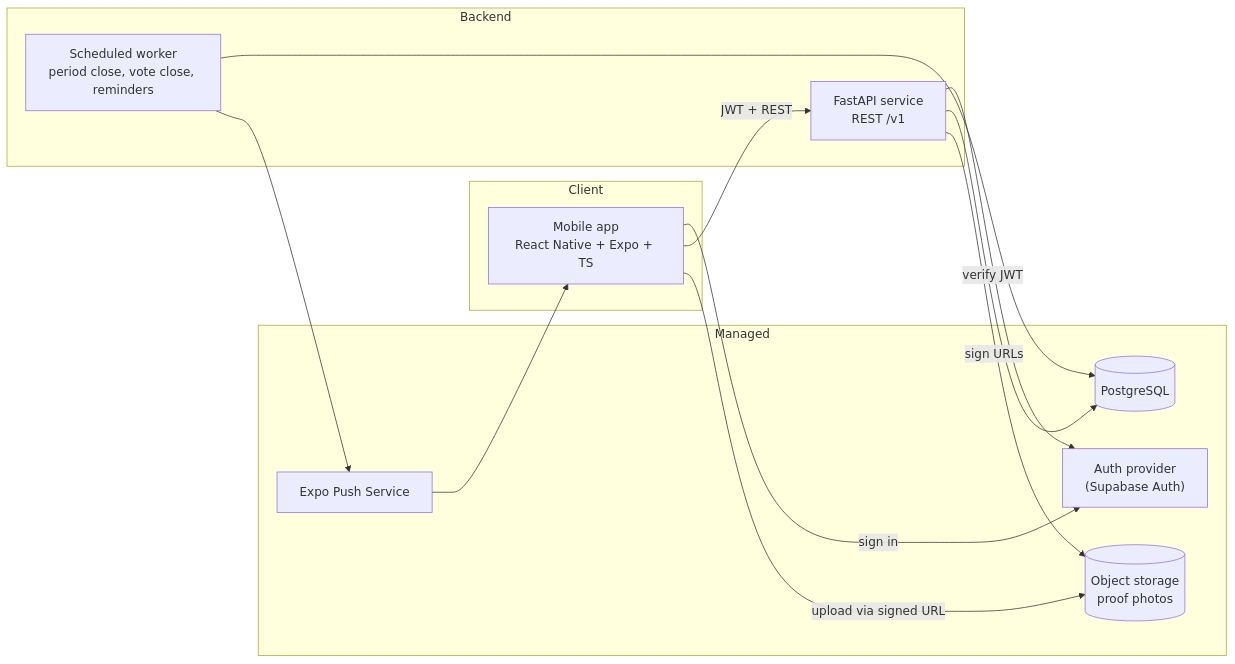
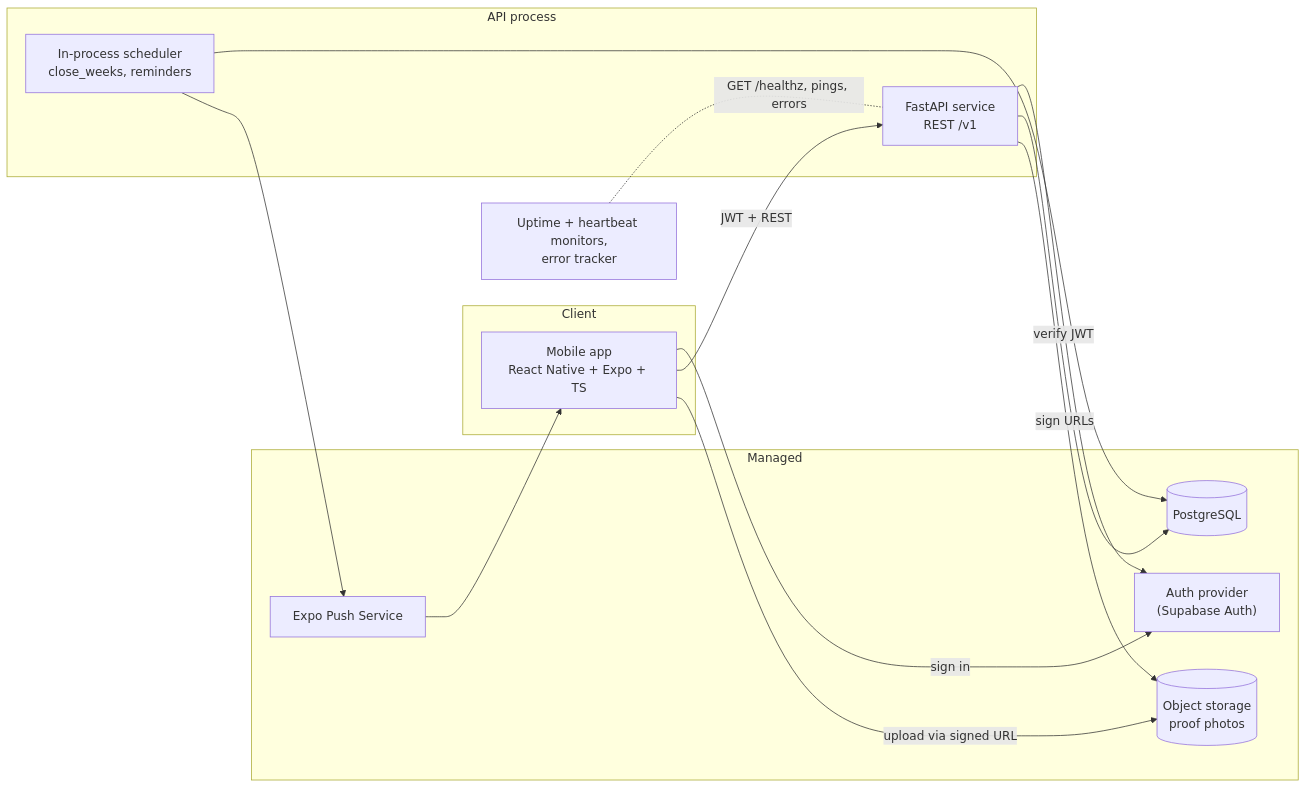
The diagram in docs/high-level-design.md (shreyasvaid/Socius), drawn with Mermaid before and after one commit. The commit also changed other lines of this file, not shown here.

````diff
--- a/docs/high-level-design.md
+++ b/docs/high-level-design.md
@@ -22,25 +22,27 @@
 ```mermaid
 flowchart LR
   subgraph Client
     M["Mobile app<br/>React Native + Expo + TS"]
   end
   subgraph Managed
     AUTH["Auth provider<br/>(Supabase Auth)"]
     PG[("PostgreSQL")]
     OBJ[("Object storage<br/>proof photos")]
     PUSH["Expo Push Service"]
   end
-  subgraph Backend
+  subgraph Backend["API process"]
     API["FastAPI service<br/>REST /v1"]
-    JOBS["Scheduled worker<br/>period close, vote close, reminders"]
+    SCHED["In-process scheduler<br/>close_weeks, reminders"]
   end
+  MON["Uptime + heartbeat monitors,<br/>error tracker"]
   M -- "sign in" --> AUTH
   M -- "JWT + REST" --> API
   M -- "upload via signed URL" --> OBJ
   API -- "verify JWT" --> AUTH
   API --> PG
   API -- "sign URLs" --> OBJ
-  JOBS --> PG
-  JOBS --> PUSH
+  SCHED --> PG
+  SCHED --> PUSH
   PUSH --> M
+  MON -. "GET /healthz, pings, errors" .- API
 ```
````
